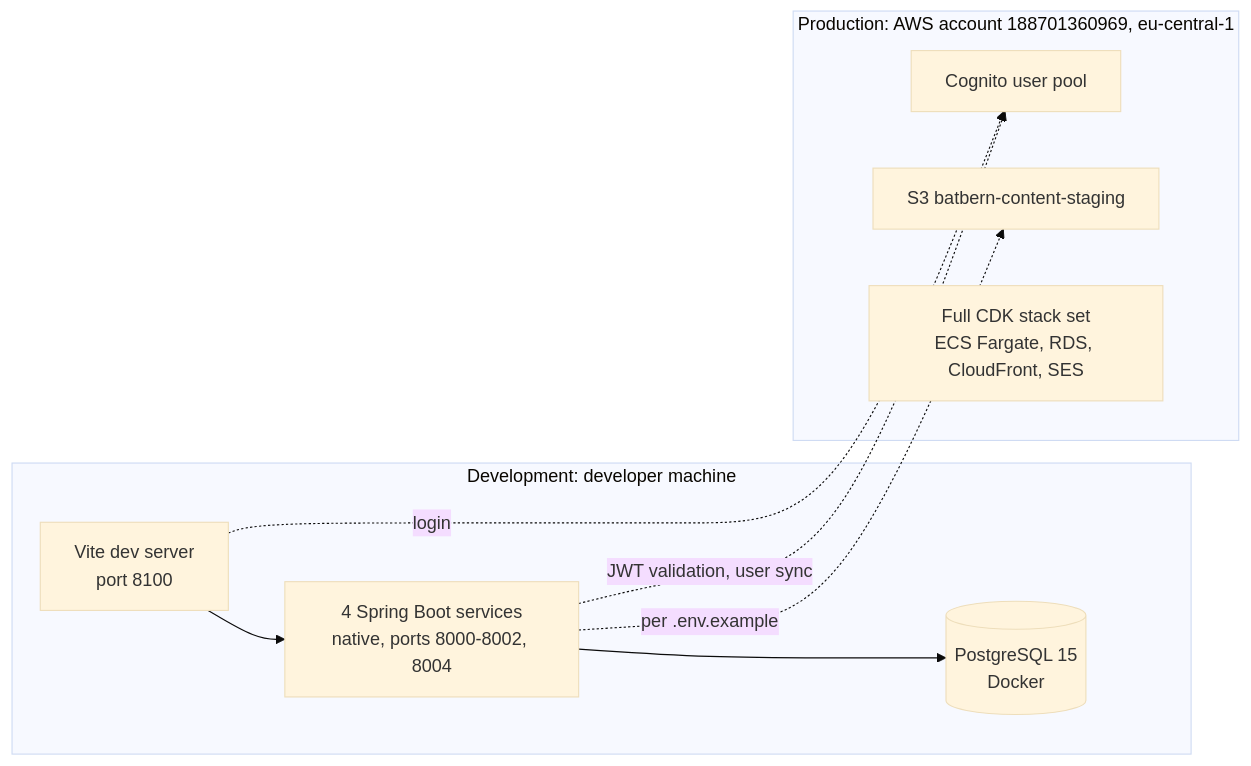
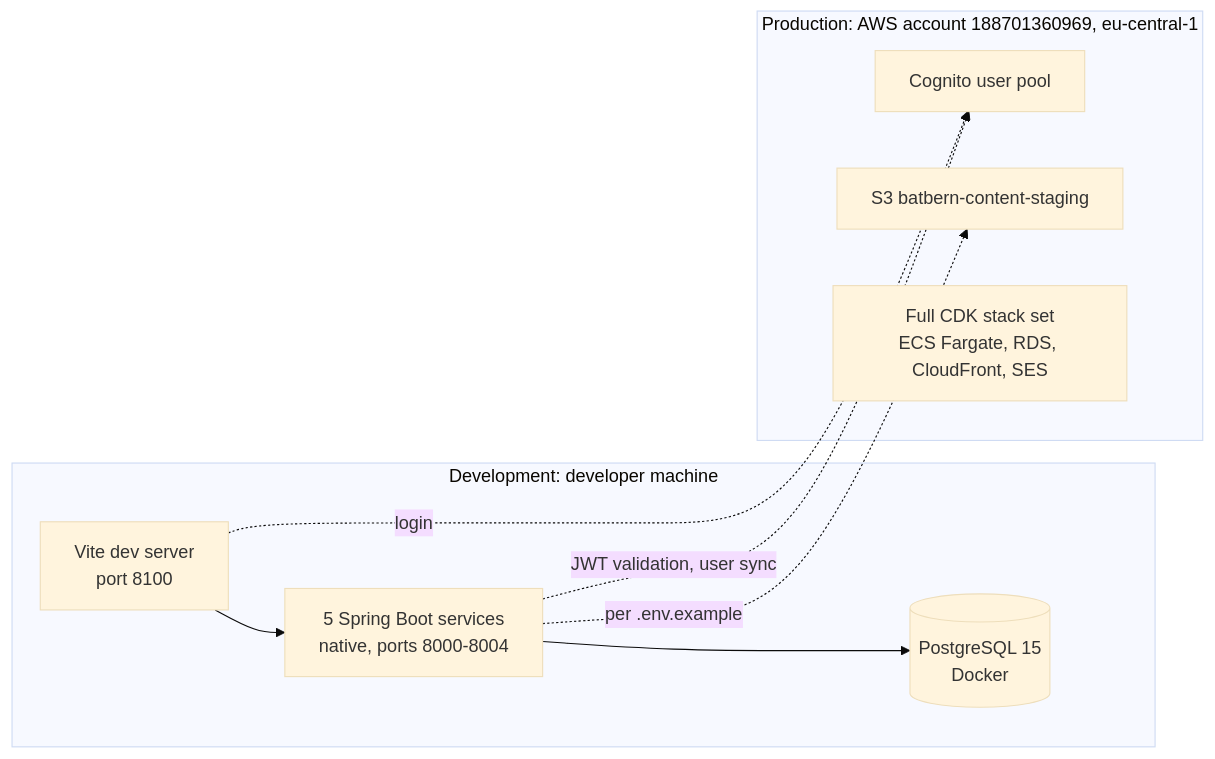
One commit to nissimbuchs/BATbern2 changed the first of 26 diagrams in docs/architecture/02-infrastructure-deployment.md. Above: the diagram before and after it, drawn with Mermaid (base theme). The commit also changed other lines of this file and 351 other files, not shown here.

````diff
--- a/docs/architecture/02-infrastructure-deployment.md
+++ b/docs/architecture/02-infrastructure-deployment.md
@@ -23,19 +23,19 @@
 ```mermaid
 graph LR
     subgraph DEV["Development: developer machine"]
         PG[("PostgreSQL 15<br/>Docker")]
-        SVC["4 Spring Boot services<br/>native, ports 8000-8002, 8004"]
+        SVC["5 Spring Boot services<br/>native, ports 8000-8004"]
         VITE["Vite dev server<br/>port 8100"]
         VITE --> SVC --> PG
     end
 
     subgraph PROD["Production: AWS account 188701360969, eu-central-1"]
         COG["Cognito user pool"]
         S3C["S3 batbern-content-staging"]
         STACK["Full CDK stack set<br/>ECS Fargate, RDS, CloudFront, SES"]
     end
 
     SVC -.->|"JWT validation, user sync"| COG
     VITE -.->|"login"| COG
     SVC -.->|"per .env.example"| S3C
 ```
````
